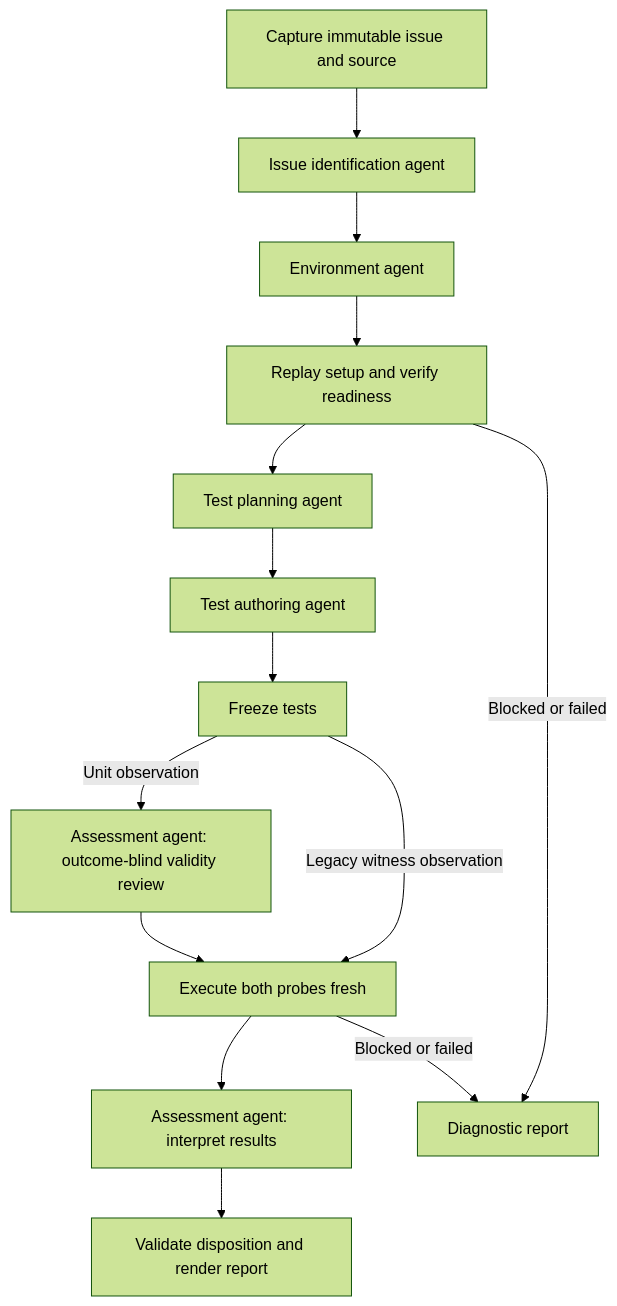
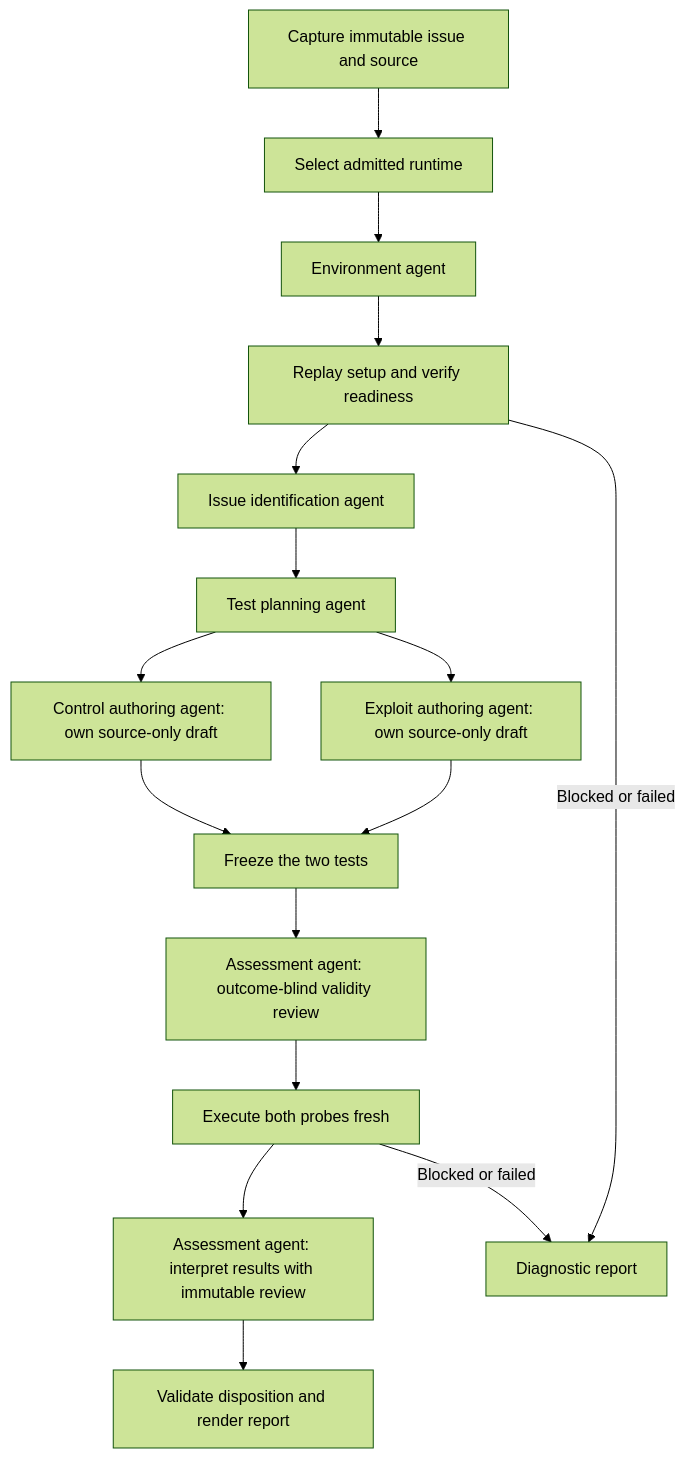
Before and after one commit to X-McKay/corsair: the diagram in docs/architecture.md, drawn with Mermaid (forest theme). The commit also changed other lines of this file and 230 other files, not shown here.

````diff
--- a/docs/architecture.md
+++ b/docs/architecture.md
@@ -7,16 +7,18 @@
 ```mermaid
 flowchart TD
-    A[Capture immutable issue and source] --> B[Issue identification agent]
-    B --> C[Environment agent]
+    A[Capture immutable issue and source] --> R[Select admitted runtime]
+    R --> C[Environment agent]
     C --> D[Replay setup and verify readiness]
-    D --> E[Test planning agent]
-    E --> F[Test authoring agent]
-    F --> K[Freeze tests]
-    K -->|Unit observation| L[Assessment agent: outcome-blind validity review]
+    D --> B[Issue identification agent]
+    B --> E[Test planning agent]
+    E --> F[Control authoring agent: own source-only draft]
+    E --> X[Exploit authoring agent: own source-only draft]
+    F --> K[Freeze the two tests]
+    X --> K
+    K --> L[Assessment agent: outcome-blind validity review]
     L --> G[Execute both probes fresh]
-    K -->|Legacy witness observation| G
-    G --> H[Assessment agent: interpret results]
+    G --> H[Assessment agent: interpret results with immutable review]
     H --> I[Validate disposition and render report]
     D -->|Blocked or failed| J[Diagnostic report]
     G -->|Blocked or failed| J
 ```
````
